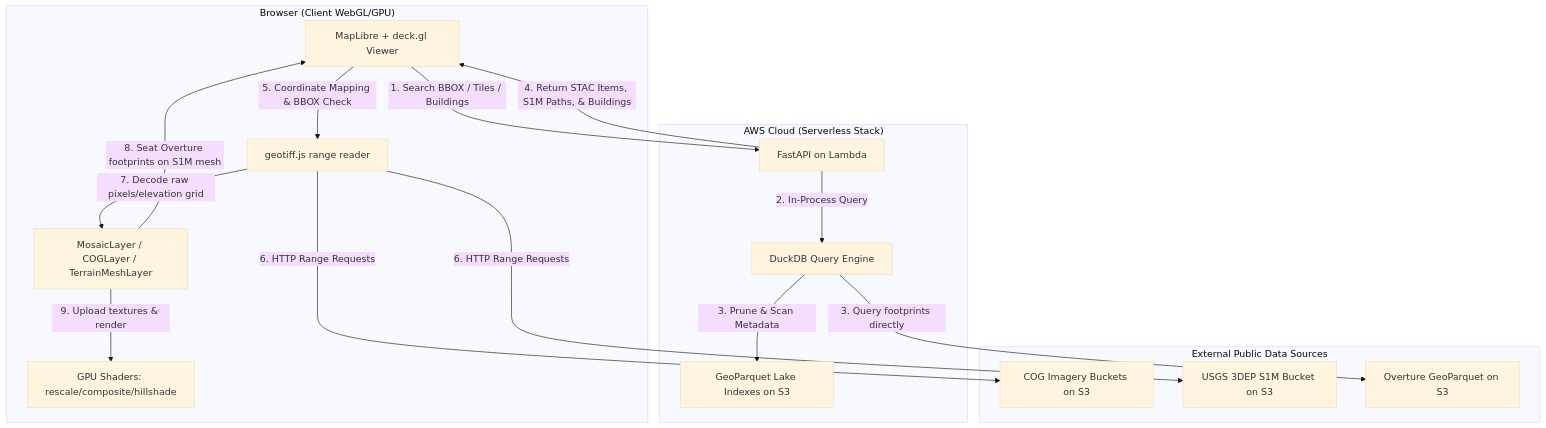
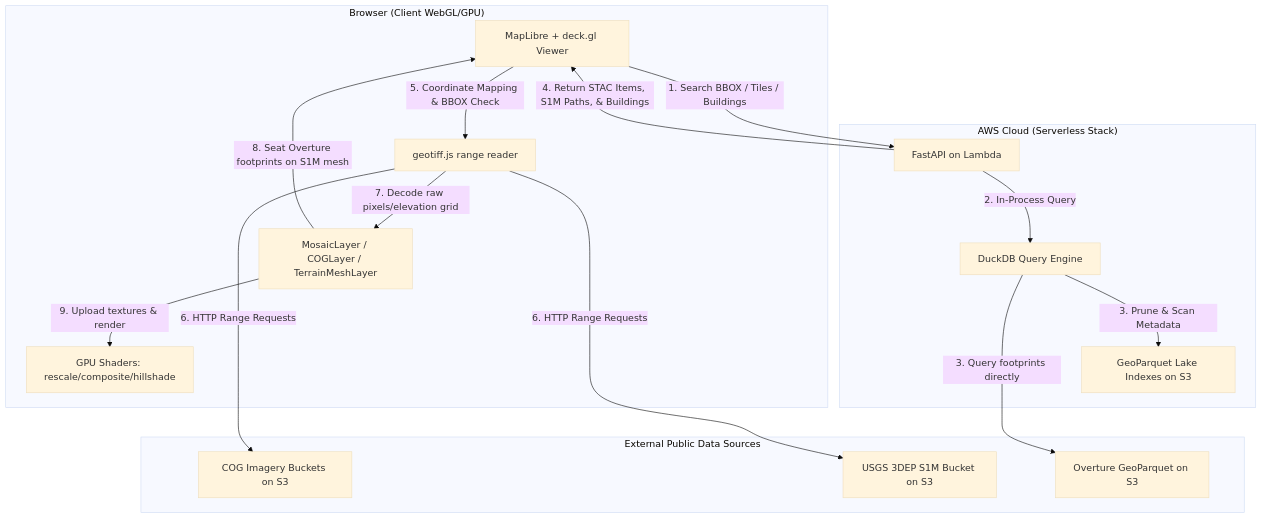
Before and after one commit to mwkorver/deckgl-s3-cog-s1m: the diagram in README.md, drawn with Mermaid (base theme).

Commit message:
Align Mermaid diagram vertically using invisible links

````diff
--- a/README.md
+++ b/README.md
@@ -66,38 +66,43 @@
 ```mermaid
 graph TD
     subgraph Browser ["Browser (Client WebGL/GPU)"]
         Viewer[MapLibre + deck.gl Viewer]
         GeotiffJS[geotiff.js range reader]
         MosaicLayer[MosaicLayer / COGLayer / TerrainMeshLayer]
         GLSL[GPU Shaders: rescale/composite/hillshade]
     end
 
     subgraph AWS ["AWS Cloud (Serverless Stack)"]
         APIGateway[FastAPI on Lambda]
         DuckDB[DuckDB Query Engine]
         Parquet[GeoParquet Lake Indexes on S3]
     end
 
     subgraph External ["External Public Data Sources"]
         COGBucket[COG Imagery Buckets on S3]
         USGSBucket[USGS 3DEP S1M Bucket on S3]
         OvertureS3[Overture GeoParquet on S3]
     end
 
+    %% Force vertical layout via invisible links
+    Viewer ~~~ APIGateway ~~~ COGBucket
+    GeotiffJS ~~~ DuckDB ~~~ USGSBucket
+    MosaicLayer ~~~ Parquet ~~~ OvertureS3
+
     %% API Queries
     Viewer -->|1. Search BBOX / Tiles / Buildings| APIGateway
     APIGateway -->|2. In-Process Query| DuckDB
     DuckDB -->|3. Prune & Scan Metadata| Parquet
     DuckDB -->|3. Query footprints directly| OvertureS3
     APIGateway -->|4. Return STAC Items, S1M Paths, & Buildings| Viewer
 
     %% Client data reads
     Viewer -->|5. Coordinate Mapping & BBOX Check| GeotiffJS
     GeotiffJS -->|6. HTTP Range Requests| COGBucket
     GeotiffJS -->|6. HTTP Range Requests| USGSBucket
     
     %% Decoding & Rendering
     GeotiffJS -->|7. Decode raw pixels/elevation grid| MosaicLayer
     MosaicLayer -->|8. Seat Overture footprints on S1M mesh| Viewer
     MosaicLayer -->|9. Upload textures & render| GLSL
 ```
````
